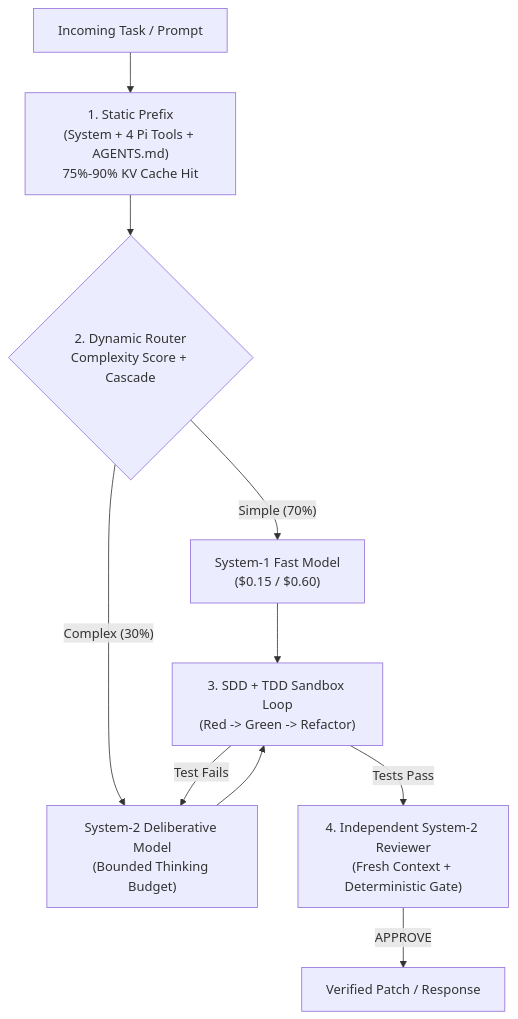
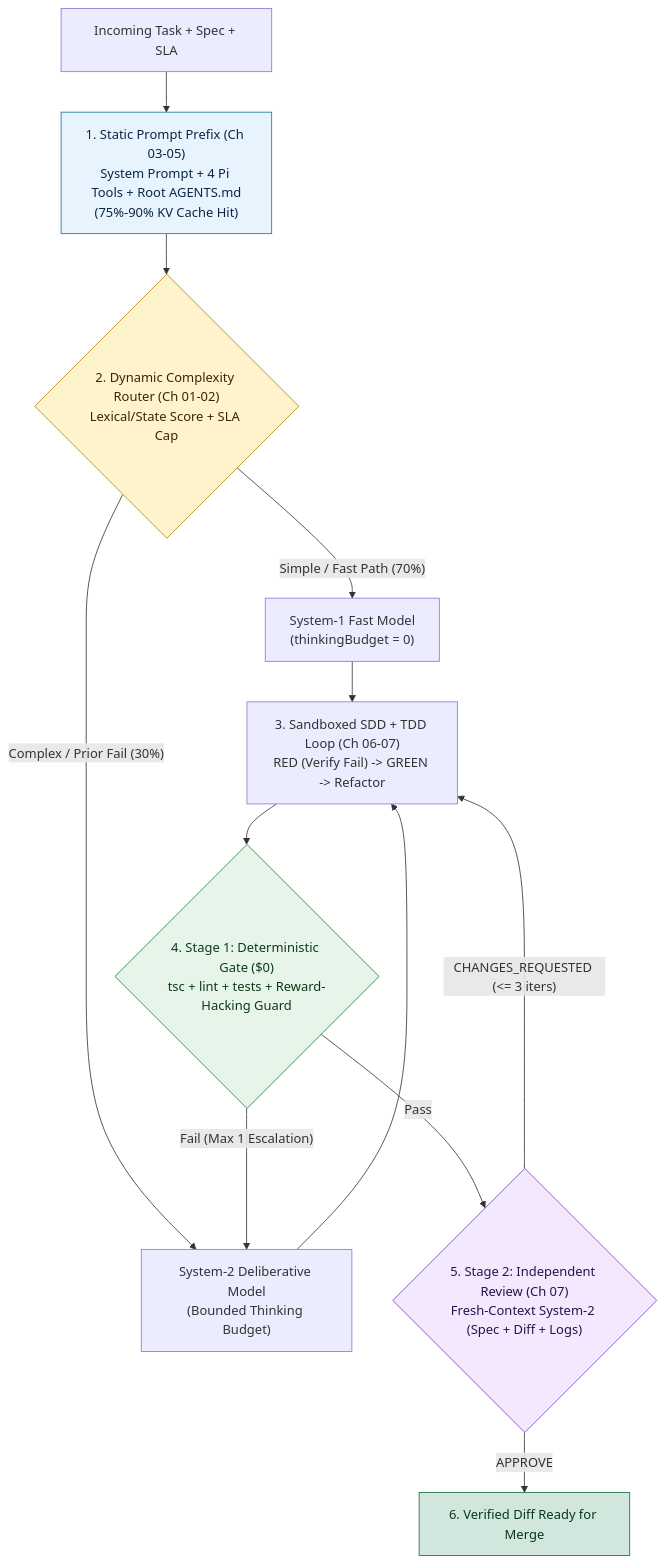
Before and after one commit to Amie-dev/FDE-and-GenAI-Mastery: the diagram in Lecture 08 - Model Routing and Harness Velocity/notes/Lecture_08_Complete_Notes.md, drawn with Mermaid. The commit also changed other lines of this file and 13 other files, not shown here.

Commit message:
Refactor Lecture 44 and Lecture 45 notes for clarity and depth; enhance structure with executive summaries, chapter-by-chapter revisions, and detailed cheat sheets. Update diagrams to reflect improved architecture and flow, emphasizing security measures and identity management protocols.

````diff
--- a/Lecture 08 - Model Routing and Harness Velocity/notes/Lecture_08_Complete_Notes.md
+++ b/Lecture 08 - Model Routing and Harness Velocity/notes/Lecture_08_Complete_Notes.md
@@ -34,12 +36,20 @@
 ```mermaid
 flowchart TD
-    Req["Incoming Task / Prompt"] --> Cache["1. Static Prefix<br/>(System + 4 Pi Tools + AGENTS.md)<br/>75%-90% KV Cache Hit"]
-    Cache --> Router{"2. Dynamic Router<br/>Complexity Score + Cascade"}
-    Router -->|"Simple (70%)"| S1["System-1 Fast Model<br/>($0.15 / $0.60)"]
-    Router -->|"Complex (30%)"| S2["System-2 Deliberative Model<br/>(Bounded Thinking Budget)"]
-    S1 --> TDD["3. SDD + TDD Sandbox Loop<br/>(Red -> Green -> Refactor)"]
-    S2 --> TDD
-    TDD -->|"Test Fails"| S2
-    TDD -->|"Tests Pass"| Rev["4. Independent System-2 Reviewer<br/>(Fresh Context + Deterministic Gate)"]
-    Rev -->|"APPROVE"| Ship["Verified Patch / Response"]
+    Req["Incoming Task + Spec + SLA"] --> Prefix["1. Static Prompt Prefix (Ch 03-05)<br/>System Prompt + 4 Pi Tools + Root AGENTS.md<br/>(75%-90% KV Cache Hit)"]
+    Prefix --> Router{"2. Dynamic Complexity Router (Ch 01-02)<br/>Lexical/State Score + SLA Cap"}
+    Router -->|"Simple / Fast Path (70%)"| S1["System-1 Fast Model<br/>(thinkingBudget = 0)"]
+    Router -->|"Complex / Prior Fail (30%)"| S2["System-2 Deliberative Model<br/>(Bounded Thinking Budget)"]
+    S1 --> Loop["3. Sandboxed SDD + TDD Loop (Ch 06-07)<br/>RED (Verify Fail) -> GREEN -> Refactor"]
+    S2 --> Loop
+    Loop --> Gate1{"4. Stage 1: Deterministic Gate ($0)<br/>tsc + lint + tests + Reward-Hacking Guard"}
+    Gate1 -->|"Fail (Max 1 Escalation)"| S2
+    Gate1 -->|"Pass"| Gate2{"5. Stage 2: Independent Review (Ch 07)<br/>Fresh-Context System-2 (Spec + Diff + Logs)"}
+    Gate2 -->|"CHANGES_REQUESTED (<= 3 iters)"| Loop
+    Gate2 -->|"APPROVE"| Ship["6. Verified Diff Ready for Merge"]
+
+    style Prefix fill:#e8f4fd,stroke:#1d6fa5,color:#0b2545
+    style Router fill:#fff3cd,stroke:#b78103,color:#3b2600
+    style Gate1 fill:#e6f4ea,stroke:#1e7e34,color:#0d3b18
+    style Gate2 fill:#f3e8fd,stroke:#6f42c1,color:#2b124c
+    style Ship fill:#d1e7dd,stroke:#146c43,color:#0a3622
 ```
````
